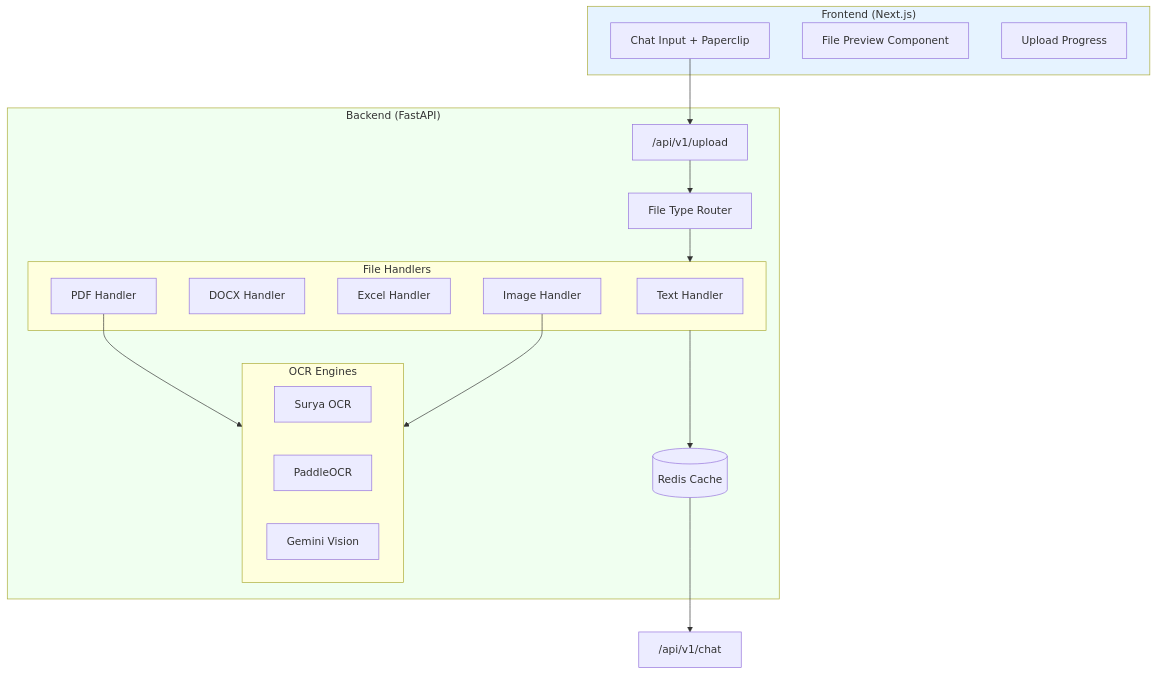
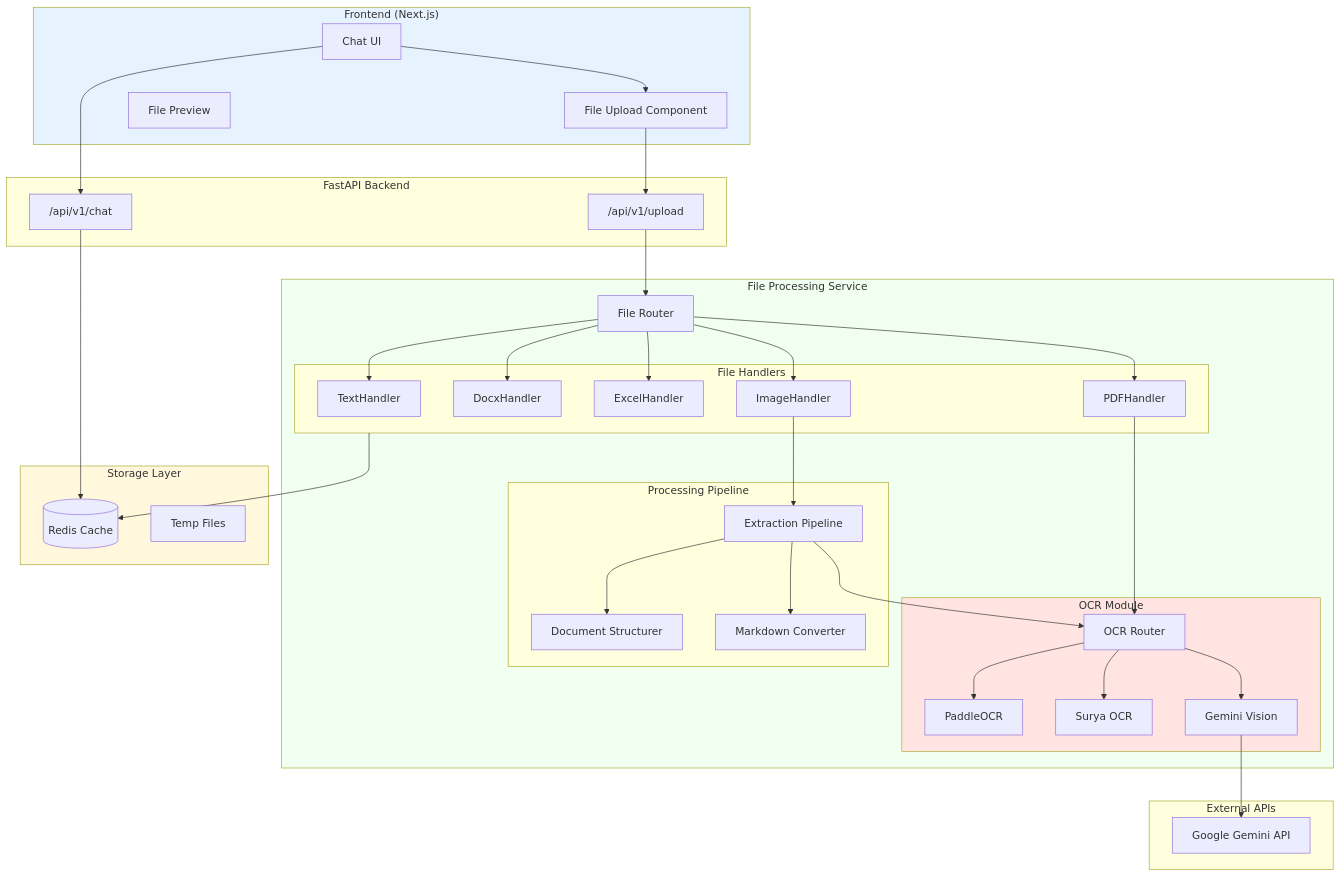
The ninth of 22 diagrams in upload_ocr.md (manumishra-zm/execution_plan), drawn with Mermaid before and after one commit. The commit also changed other lines of this file, not shown here.

````diff
--- a/upload_ocr.md
+++ b/upload_ocr.md
@@ -491,40 +931,79 @@
 ```mermaid
 flowchart TB
     subgraph Frontend["Frontend (Next.js)"]
-        UI[Chat Input + Paperclip]
-        Preview[File Preview Component]
-        Progress[Upload Progress]
+        UI[Chat UI]
+        FileUpload[File Upload Component]
+        Preview[File Preview]
     end
 
-    subgraph Backend["Backend (FastAPI)"]
-        Upload["/api/v1/upload"]
-        Router[File Type Router]
+    subgraph API["FastAPI Backend"]
+        UploadEP["/api/v1/upload"]
+        ChatEP["/api/v1/chat"]
+    end
+
+    subgraph FileProcessing["File Processing Service"]
+        Router[File Router]
 
         subgraph Handlers["File Handlers"]
-            Text[Text Handler]
-            Docx[DOCX Handler]
-            Excel[Excel Handler]
-            PDF[PDF Handler]
-            Image[Image Handler]
+            TH[TextHandler]
+            DH[DocxHandler]
+            EH[ExcelHandler]
+            PH[PDFHandler]
+            IH[ImageHandler]
         end
 
-        subgraph OCR["OCR Engines"]
+        subgraph OCR["OCR Module"]
+            OCRRouter[OCR Router]
+            Paddle[PaddleOCR]
             Surya[Surya OCR]
-            Paddle[PaddleOCR]
             Gemini[Gemini Vision]
         end
 
-        Store[(Redis Cache)]
+        subgraph Processing["Processing Pipeline"]
+            Pipeline[Extraction Pipeline]
+            Structurer[Document Structurer]
+            Converter[Markdown Converter]
+        end
     end
 
-    UI --> Upload
-    Upload --> Router
-    Router --> Handlers
-    PDF --> OCR
-    Image --> OCR
-    Handlers --> Store
-    Store --> Chat["/api/v1/chat"]
+    subgraph Storage["Storage Layer"]
+        Redis[(Redis Cache)]
+        Temp[Temp Files]
+    end
+
+    subgraph External["External APIs"]
+        GeminiAPI[Google Gemini API]
+    end
+
+    UI --> FileUpload
+    FileUpload --> UploadEP
+    UI --> ChatEP
+
+    UploadEP --> Router
+    Router --> TH
+    Router --> DH
+    Router --> EH
+    Router --> PH
+    Router --> IH
+
+    PH --> OCRRouter
+    IH --> Pipeline
+    Pipeline --> OCRRouter
+
+    OCRRouter --> Paddle
+    OCRRouter --> Surya
+    OCRRouter --> Gemini
+
+    Gemini --> GeminiAPI
+
+    Pipeline --> Structurer
+    Pipeline --> Converter
+
+    Handlers --> Redis
+    ChatEP --> Redis
 
     style Frontend fill:#E6F3FF
-    style Backend fill:#F0FFF0
+    style FileProcessing fill:#F0FFF0
+    style OCR fill:#FFE4E1
+    style Storage fill:#FFF8DC
 ```
````
